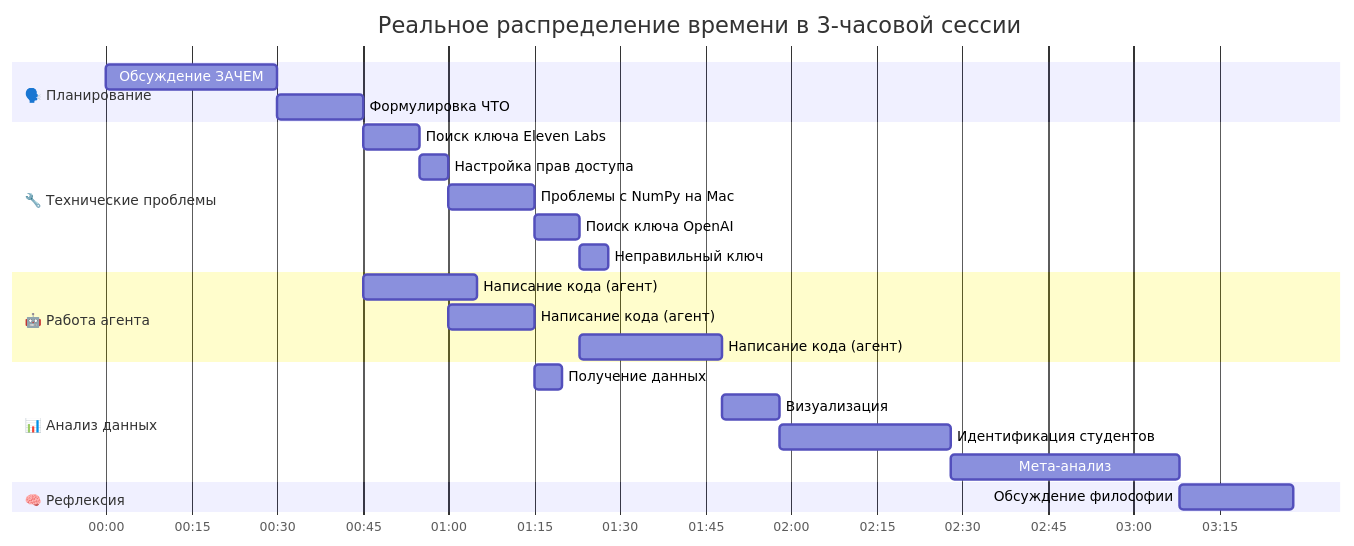
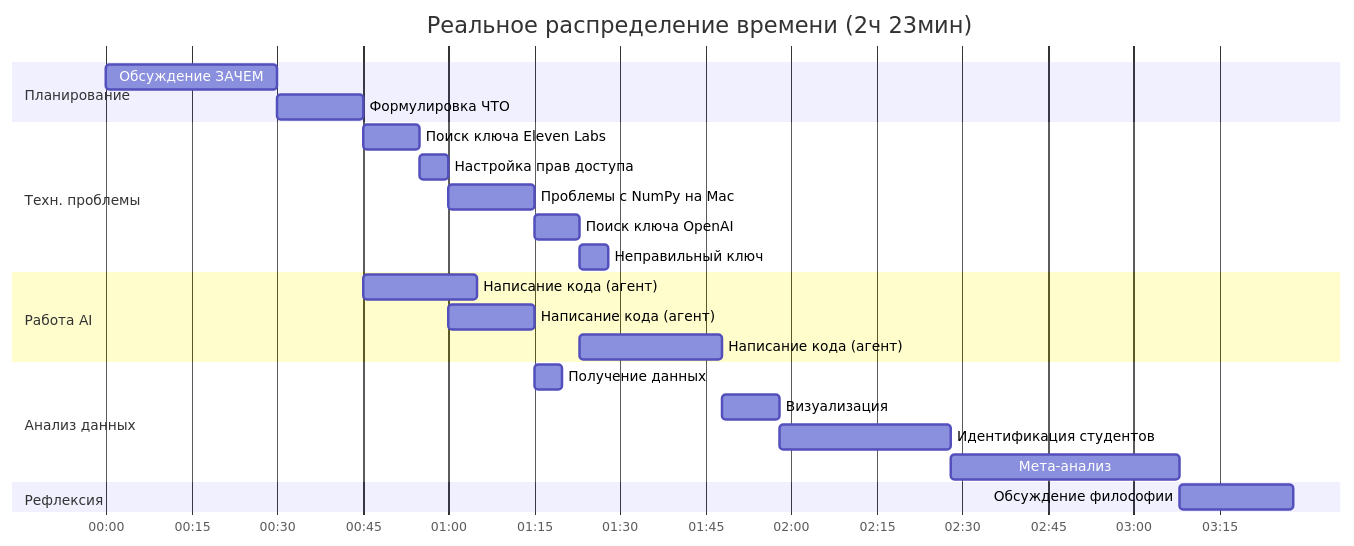
The fifth of 16 diagrams in materials/workshop4.md (ad3002/masters-course-2025-vibe-coding), drawn with Mermaid before and after one commit. The commit also changed other lines of this file, not shown here.

Commit message:
fix: исправлены все ошибки рендеринга mermaid диаграмм в лекции 4
Исправления:
- Удалены скобки из узла "Выход за пределы числа Данбара"
- Удалены кавычки из узла "Выполнить весь план?"
- Укорочены section labels в Timeline Gantt для устранения наложения
- Удалены эмодзи из section labels (эмодзи остались в описании)
- Обновлен title с "3-часовой" на "2ч 23мин"

🤖 Generated with [Claude Code](https://claude.com/claude-code)

````diff
--- a/materials/workshop4.md
+++ b/materials/workshop4.md
@@ -183,31 +183,31 @@
 ```mermaid
 gantt
-    title Реальное распределение времени в 3-часовой сессии
+    title Реальное распределение времени (2ч 23мин)
     dateFormat X
     axisFormat %H:%M
 
-    section 🗣️ Планирование
+    section Планирование
     Обсуждение ЗАЧЕМ           :plan1, 0, 30m
     Формулировка ЧТО           :plan2, after plan1, 15m
 
-    section 🔧 Технические проблемы
+    section Техн. проблемы
     Поиск ключа Eleven Labs    :tech1, after plan2, 10m
     Настройка прав доступа     :tech2, after tech1, 5m
     Проблемы с NumPy на Mac    :tech3, after tech2, 15m
     Поиск ключа OpenAI         :tech4, after tech3, 8m
     Неправильный ключ          :tech5, after tech4, 5m
 
-    section 🤖 Работа агента
+    section Работа AI
     Написание кода (агент)     :code1, after plan2, 20m
     Написание кода (агент)     :code2, after tech2, 15m
     Написание кода (агент)     :code3, after tech4, 25m
 
-    section 📊 Анализ данных
+    section Анализ данных
     Получение данных           :data1, after code2, 5m
     Визуализация               :data2, after code3, 10m
     Идентификация студентов    :data3, after data2, 30m
     Мета-анализ                :data4, after data3, 40m
 
-    section 🧠 Рефлексия
+    section Рефлексия
     Обсуждение философии       :think1, after data4, 20m
 ```
````
